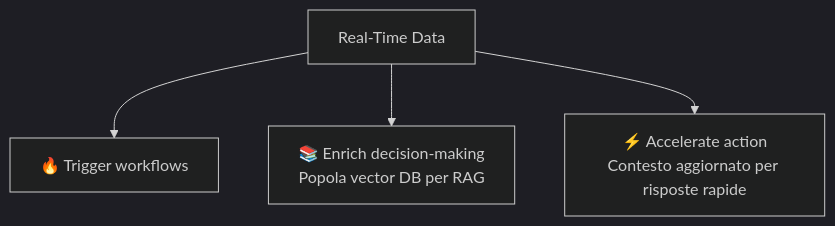
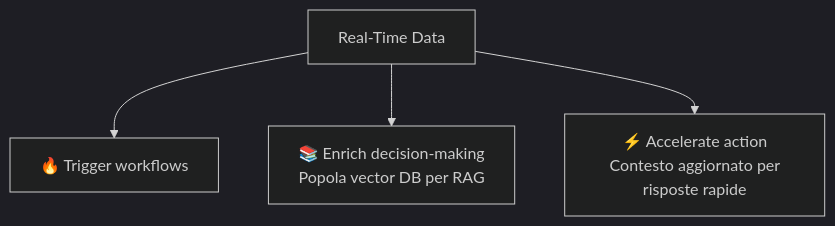
Before and after one commit to taphost/notedump: the third of 4 diagrams in Event_Driven_Agentic_AI.md, drawn with Mermaid (dark theme).

````diff
--- a/Event_Driven_Agentic_AI.md
+++ b/Event_Driven_Agentic_AI.md
@@ -138,6 +138,6 @@
 ```mermaid
 flowchart TD
     RT[Real-Time Data] --> T1[🔥 Trigger workflows]
-    RT --> T2[📚 Enrich decision-making\nPopola vector DB per RAG]
-    RT --> T3[⚡ Accelerate action\nContesto aggiornato per risposte rapide]
+    RT --> T2[📚 Enrich decision-making\n Popola vector DB per RAG]
+    RT --> T3[⚡ Accelerate action\n Contesto aggiornato per risposte rapide]
 ```
````
